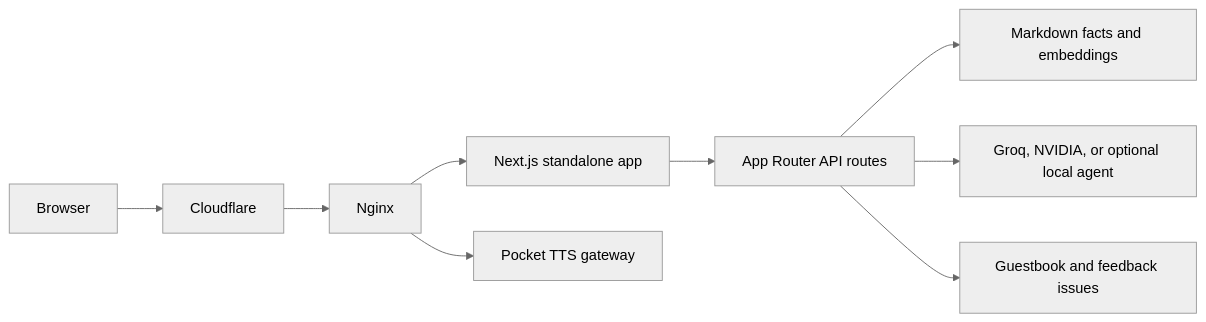
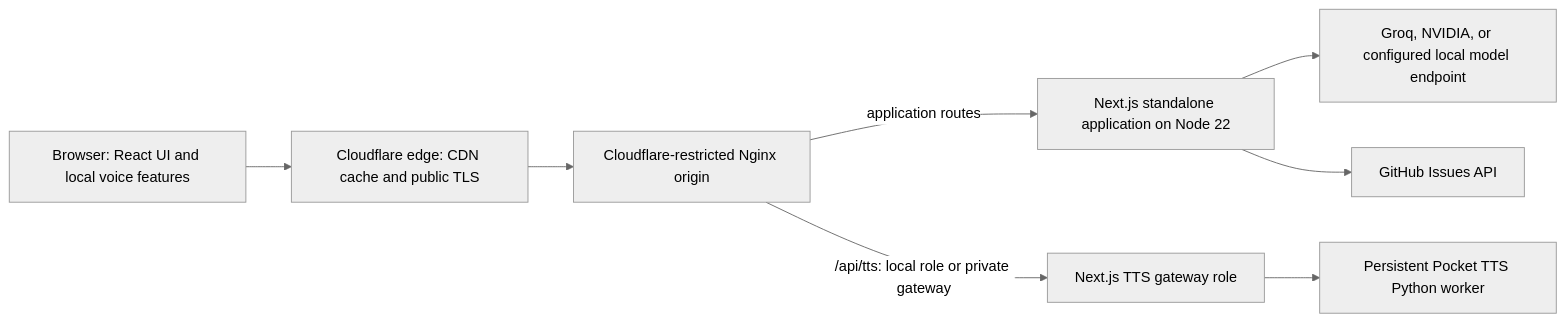
Before and after one commit to Dhruv-Mishra/portfolioWebsite: the first of 6 diagrams in docs/architecture.md, drawn with Mermaid (neutral theme). The commit also changed other lines of this file and 11 other files, not shown here.

Commit message:
docs: expand architecture and modernize actions

````diff
--- a/docs/architecture.md
+++ b/docs/architecture.md
@@ -5,11 +7,18 @@
 ```mermaid
 flowchart LR
-  Browser --> Cloudflare
-  Cloudflare --> Nginx
-  Nginx --> Next[Next.js standalone app]
-  Next --> APIs[App Router API routes]
-  APIs --> Facts[Markdown facts and embeddings]
-  APIs --> Models[Groq, NVIDIA, or optional local agent]
-  APIs --> GitHub[Guestbook and feedback issues]
-  Nginx --> TTS[Pocket TTS gateway]
+  Browser[Browser: React UI and local voice features]
+  Cloudflare[Cloudflare edge: CDN cache and public TLS]
+  Nginx[Cloudflare-restricted Nginx origin]
+  App[Next.js standalone application on Node 22]
+  TtsGateway[Next.js TTS gateway role]
+  TtsWorker[Persistent Pocket TTS Python worker]
+  Models[Groq, NVIDIA, or configured local model endpoint]
+  GitHub[GitHub Issues API]
+
+  Browser --> Cloudflare --> Nginx
+  Nginx -->|application routes| App
+  Nginx -->|/api/tts: local role or private gateway| TtsGateway
+  TtsGateway --> TtsWorker
+  App --> Models
+  App --> GitHub
 ```
````
